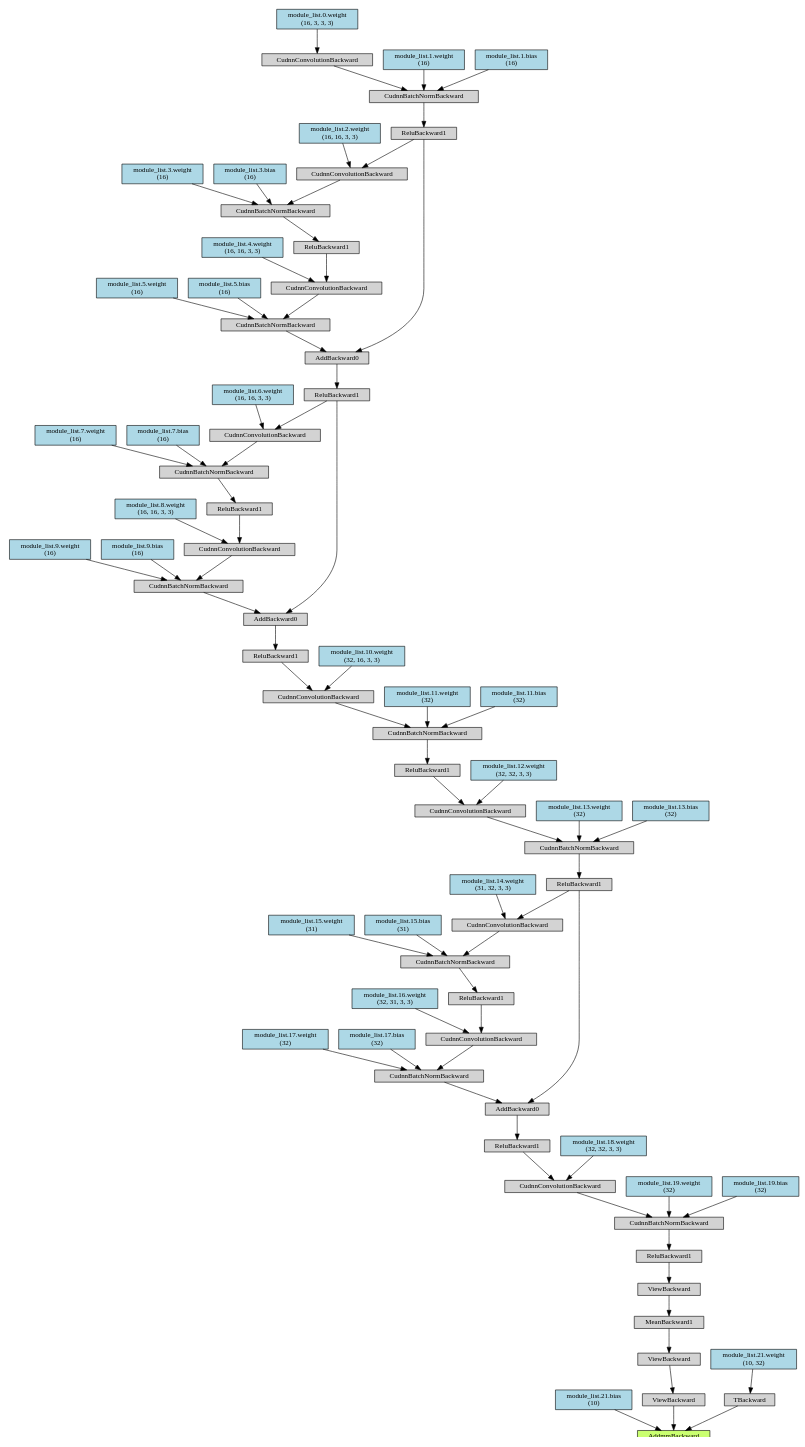
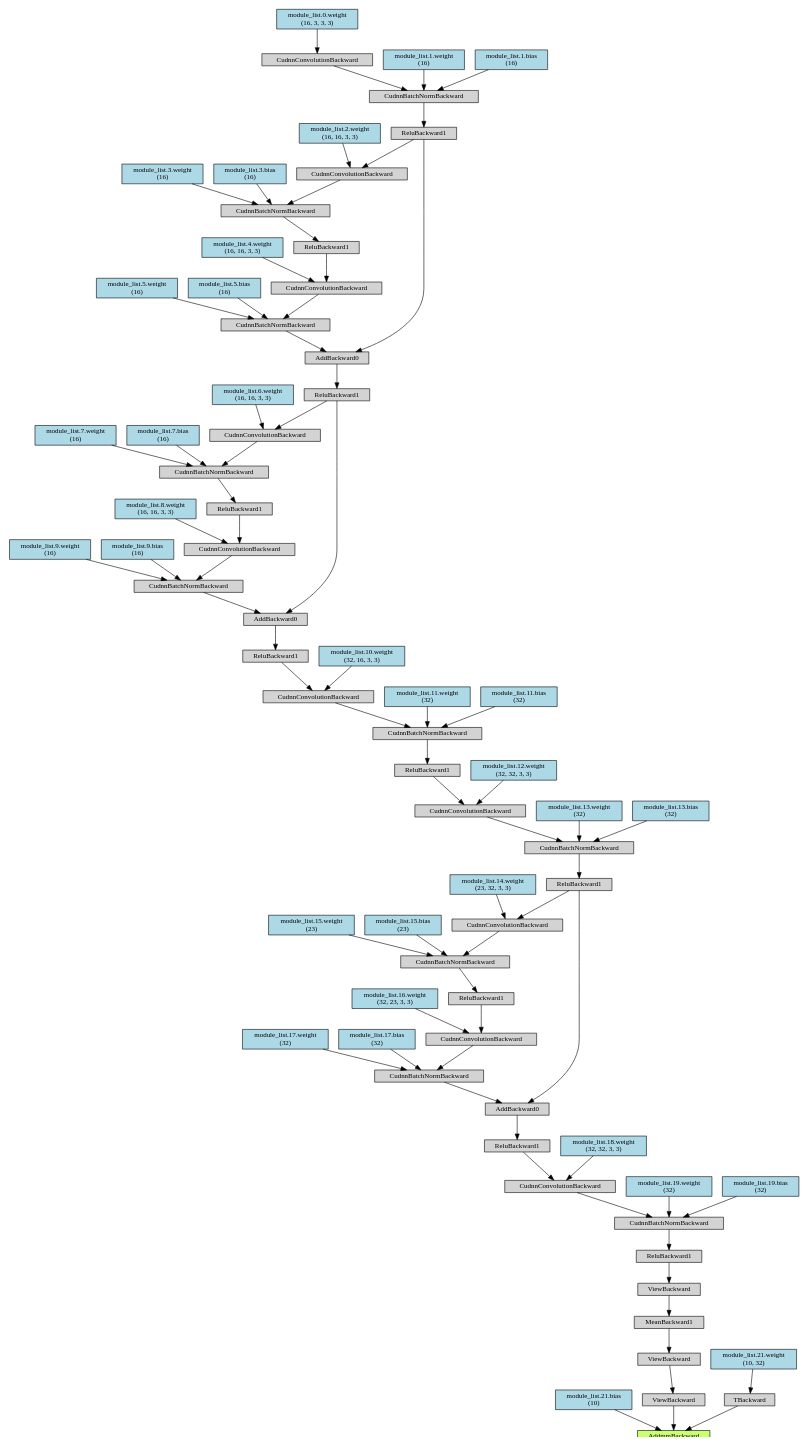
Before and after one commit to j3ssi/MA_Source: the diagram in PruneTrain5_0.dot, drawn with Graphviz. The commit also changed 50 other files, not shown here.

```diff
--- a/PruneTrain5_0.dot
+++ b/PruneTrain5_0.dot
@@ -1,180 +1,180 @@
 digraph {
 	graph [size="21.599999999999998,21.599999999999998"]
 	node [align=left fontsize=12 height=0.2 ranksep=0.1 shape=box style=filled]
-	140367791400384 [label=AddmmBackward fillcolor=darkolivegreen1]
-	140366090805144 -> 140367791400384
-	140366090805144 [label="module_list.21.bias
+	140704611466376 [label=AddmmBackward fillcolor=darkolivegreen1]
+	140704611264552 -> 140704611466376
+	140704611264552 [label="module_list.21.bias
  (10)" fillcolor=lightblue]
-	140366090803016 -> 140367791400384
-	140366090803016 [label=ViewBackward]
-	140366089795232 -> 140366090803016
-	140366089795232 [label=ViewBackward]
-	140366089794112 -> 140366089795232
-	140366089794112 [label=MeanBackward1]
-	140366089794896 -> 140366089794112
-	140366089794896 [label=ViewBackward]
-	140366089794504 -> 140366089794896
-	140366089794504 [label=ReluBackward1]
-	140366089793608 -> 140366089794504
-	140366089793608 [label=CudnnBatchNormBackward]
-	140366089794672 -> 140366089793608
-	140366089794672 [label=CudnnConvolutionBackward]
-	140366089793944 -> 140366089794672
-	140366089793944 [label=ReluBackward1]
-	140366089793720 -> 140366089793944
-	140366089793720 [label=AddBackward0]
-	140366089564232 -> 140366089793720
-	140366089564232 [label=ReluBackward1]
-	140366089763808 -> 140366089564232
-	140366089763808 [label=CudnnBatchNormBackward]
-	140366089762576 -> 140366089763808
-	140366089762576 [label=CudnnConvolutionBackward]
-	140366089764200 -> 140366089762576
-	140366089764200 [label=ReluBackward1]
-	140366089763696 -> 140366089764200
-	140366089763696 [label=CudnnBatchNormBackward]
-	140366089762744 -> 140366089763696
-	140366089762744 [label=CudnnConvolutionBackward]
-	140366089764144 -> 140366089762744
-	140366089764144 [label=ReluBackward1]
-	140366089763584 -> 140366089764144
-	140366089763584 [label=AddBackward0]
-	140366089762688 -> 140366089763584
-	140366089762688 [label=ReluBackward1]
-	140366089761232 -> 140366089762688
-	140366089761232 [label=AddBackward0]
-	140366089762240 -> 140366089761232
-	140366089762240 [label=ReluBackward1]
-	140366089761736 -> 140366089762240
-	140366089761736 [label=CudnnBatchNormBackward]
-	140366089762408 -> 140366089761736
-	140366089762408 [label=CudnnConvolutionBackward]
-	140366089761008 -> 140366089762408
-	140366089761008 [label="module_list.0.weight
+	140704605949400 -> 140704611466376
+	140704605949400 [label=ViewBackward]
+	140704605946320 -> 140704605949400
+	140704605946320 [label=ViewBackward]
+	140704605947048 -> 140704605946320
+	140704605947048 [label=MeanBackward1]
+	140704605946712 -> 140704605947048
+	140704605946712 [label=ViewBackward]
+	140704605946096 -> 140704605946712
+	140704605946096 [label=ReluBackward1]
+	140704605925160 -> 140704605946096
+	140704605925160 [label=CudnnBatchNormBackward]
+	140704605924824 -> 140704605925160
+	140704605924824 [label=CudnnConvolutionBackward]
+	140704605923816 -> 140704605924824
+	140704605923816 [label=ReluBackward1]
+	140704606416968 -> 140704605923816
+	140704606416968 [label=AddBackward0]
+	140704606377800 -> 140704606416968
+	140704606377800 [label=ReluBackward1]
+	140704606379648 -> 140704606377800
+	140704606379648 [label=CudnnBatchNormBackward]
+	140704471786216 -> 140704606379648
+	140704471786216 [label=CudnnConvolutionBackward]
+	140704471786440 -> 140704471786216
+	140704471786440 [label=ReluBackward1]
+	140704471786608 -> 140704471786440
+	140704471786608 [label=CudnnBatchNormBackward]
+	140704471786720 -> 140704471786608
+	140704471786720 [label=CudnnConvolutionBackward]
+	140704471786944 -> 140704471786720
+	140704471786944 [label=ReluBackward1]
+	140704471787112 -> 140704471786944
+	140704471787112 [label=AddBackward0]
+	140704471787224 -> 140704471787112
+	140704471787224 [label=ReluBackward1]
+	140704471787392 -> 140704471787224
+	140704471787392 [label=AddBackward0]
+	140704471787504 -> 140704471787392
+	140704471787504 [label=ReluBackward1]
+	140704471787672 -> 140704471787504
+	140704471787672 [label=CudnnBatchNormBackward]
+	140704471787840 -> 140704471787672
+	140704471787840 [label=CudnnConvolutionBackward]
+	140704471788064 -> 140704471787840
+	140704471788064 [label="module_list.0.weight
  (16, 3, 3, 3)" fillcolor=lightblue]
-	140366089762128 -> 140366089761736
-	140366089762128 [label="module_list.1.weight
+	140704471787896 -> 140704471787672
+	140704471787896 [label="module_list.1.weight
  (16)" fillcolor=lightblue]
-	140366089762072 -> 140366089761736
-	140366089762072 [label="module_list.1.bias
+	140704471787952 -> 140704471787672
+	140704471787952 [label="module_list.1.bias
  (16)" fillcolor=lightblue]
-	140366089762856 -> 140366089761232
-	140366089762856 [label=CudnnBatchNormBackward]
-	140366089762352 -> 140366089762856
-	140366089762352 [label=CudnnConvolutionBackward]
-	140366089761792 -> 140366089762352
-	140366089761792 [label=ReluBackward1]
-	140366089761624 -> 140366089761792
-	140366089761624 [label=CudnnBatchNormBackward]
-	140366089760896 -> 140366089761624
-	140366089760896 [label=CudnnConvolutionBackward]
-	140366089762240 -> 140366089760896
-	140366089654112 -> 140366089760896
-	140366089654112 [label="module_list.2.weight
+	140704471787560 -> 140704471787392
+	140704471787560 [label=CudnnBatchNormBackward]
+	140704471787728 -> 140704471787560
+	140704471787728 [label=CudnnConvolutionBackward]
+	140704471788176 -> 140704471787728
+	140704471788176 [label=ReluBackward1]
+	140704471788400 -> 140704471788176
+	140704471788400 [label=CudnnBatchNormBackward]
+	140704471788512 -> 140704471788400
+	140704471788512 [label=CudnnConvolutionBackward]
+	140704471787504 -> 140704471788512
+	140704471788736 -> 140704471788512
+	140704471788736 [label="module_list.2.weight
  (16, 16, 3, 3)" fillcolor=lightblue]
-	140366089761400 -> 140366089761624
-	140366089761400 [label="module_list.3.weight
+	140704471788568 -> 140704471788400
+	140704471788568 [label="module_list.3.weight
  (16)" fillcolor=lightblue]
-	140366087751384 -> 140366089761624
-	140366087751384 [label="module_list.3.bias
+	140704471788624 -> 140704471788400
+	140704471788624 [label="module_list.3.bias
  (16)" fillcolor=lightblue]
-	140366089761904 -> 140366089762352
-	140366089761904 [label="module_list.4.weight
+	140704471788288 -> 140704471787728
+	140704471788288 [label="module_list.4.weight
  (16, 16, 3, 3)" fillcolor=lightblue]
-	140366089761456 -> 140366089762856
-	140366089761456 [label="module_list.5.weight
+	140704471788008 -> 140704471787560
+	140704471788008 [label="module_list.5.weight
  (16)" fillcolor=lightblue]
-	140366089762296 -> 140366089762856
-	140366089762296 [label="module_list.5.bias
+	140704471788120 -> 140704471787560
+	140704471788120 [label="module_list.5.bias
  (16)" fillcolor=lightblue]
-	140366089763472 -> 140366089763584
-	140366089763472 [label=CudnnBatchNormBackward]
-	140366087693032 -> 140366089763472
-	140366087693032 [label=CudnnConvolutionBackward]
-	140366089762016 -> 140366087693032
-	140366089762016 [label=ReluBackward1]
-	140366089654056 -> 140366089762016
-	140366089654056 [label=CudnnBatchNormBackward]
-	140366087807384 -> 140366089654056
-	140366087807384 [label=CudnnConvolutionBackward]
-	140366089762688 -> 140366087807384
-	140366087808336 -> 140366087807384
-	140366087808336 [label="module_list.6.weight
+	140704471787280 -> 140704471787112
+	140704471787280 [label=CudnnBatchNormBackward]
+	140704471787448 -> 140704471787280
+	140704471787448 [label=CudnnConvolutionBackward]
+	140704471788680 -> 140704471787448
+	140704471788680 [label=ReluBackward1]
+	140704471788904 -> 140704471788680
+	140704471788904 [label=CudnnBatchNormBackward]
+	140704471788848 -> 140704471788904
+	140704471788848 [label=CudnnConvolutionBackward]
+	140704471787224 -> 140704471788848
+	140704471789184 -> 140704471788848
+	140704471789184 [label="module_list.6.weight
  (16, 16, 3, 3)" fillcolor=lightblue]
-	140366087809344 -> 140366089654056
-	140366087809344 [label="module_list.7.weight
+	140704471789016 -> 140704471788904
+	140704471789016 [label="module_list.7.weight
  (16)" fillcolor=lightblue]
-	140366087808728 -> 140366089654056
-	140366087808728 [label="module_list.7.bias
+	140704471789072 -> 140704471788904
+	140704471789072 [label="module_list.7.bias
  (16)" fillcolor=lightblue]
-	140366089761680 -> 140366087693032
-	140366089761680 [label="module_list.8.weight
+	140704471788792 -> 140704471787448
+	140704471788792 [label="module_list.8.weight
  (16, 16, 3, 3)" fillcolor=lightblue]
-	140366089761960 -> 140366089763472
-	140366089761960 [label="module_list.9.weight
+	140704471787616 -> 140704471787280
+	140704471787616 [label="module_list.9.weight
  (16)" fillcolor=lightblue]
-	140366089762912 -> 140366089763472
-	140366089762912 [label="module_list.9.bias
+	140704471788232 -> 140704471787280
+	140704471788232 [label="module_list.9.bias
  (16)" fillcolor=lightblue]
-	140366089762968 -> 140366089762744
-	140366089762968 [label="module_list.10.weight
+	140704471787000 -> 140704471786720
+	140704471787000 [label="module_list.10.weight
  (32, 16, 3, 3)" fillcolor=lightblue]
-	140366089764312 -> 140366089763696
-	140366089764312 [label="module_list.11.weight
+	140704471786776 -> 140704471786608
+	140704471786776 [label="module_list.11.weight
  (32)" fillcolor=lightblue]
-	140366089762464 -> 140366089763696
-	140366089762464 [label="module_list.11.bias
+	140704471786832 -> 140704471786608
+	140704471786832 [label="module_list.11.bias
  (32)" fillcolor=lightblue]
-	140366089764368 -> 140366089762576
-	140366089764368 [label="module_list.12.weight
+	140704471786496 -> 140704471786216
+	140704471786496 [label="module_list.12.weight
  (32, 32, 3, 3)" fillcolor=lightblue]
-	140366089764760 -> 140366089763808
-	140366089764760 [label="module_list.13.weight
+	140704471786272 -> 140704606379648
+	140704471786272 [label="module_list.13.weight
  (32)" fillcolor=lightblue]
-	140366089761848 -> 140366089763808
-	140366089761848 [label="module_list.13.bias
+	140704471786328 -> 140704606379648
+	140704471786328 [label="module_list.13.bias
  (32)" fillcolor=lightblue]
-	140366089564848 -> 140366089793720
-	140366089564848 [label=CudnnBatchNormBackward]
-	140366089764424 -> 140366089564848
-	140366089764424 [label=CudnnConvolutionBackward]
-	140366089761120 -> 140366089764424
-	140366089761120 [label=ReluBackward1]
-	140366089761344 -> 140366089761120
-	140366089761344 [label=CudnnBatchNormBackward]
-	140366089653944 -> 140366089761344
-	140366089653944 [label=CudnnConvolutionBackward]
-	140366089564232 -> 140366089653944
-	140366087808000 -> 140366089653944
-	140366087808000 [label="module_list.14.weight
- (31, 32, 3, 3)" fillcolor=lightblue]
-	140366089654168 -> 140366089761344
-	140366089654168 [label="module_list.15.weight
- (31)" fillcolor=lightblue]
-	140366087807664 -> 140366089761344
-	140366087807664 [label="module_list.15.bias
- (31)" fillcolor=lightblue]
-	140366089761064 -> 140366089764424
-	140366089761064 [label="module_list.16.weight
- (32, 31, 3, 3)" fillcolor=lightblue]
-	140366089763920 -> 140366089564848
-	140366089763920 [label="module_list.17.weight
+	140704606378696 -> 140704606416968
+	140704606378696 [label=CudnnBatchNormBackward]
+	140704471786160 -> 140704606378696
+	140704471786160 [label=CudnnConvolutionBackward]
+	140704471787056 -> 140704471786160
+	140704471787056 [label=ReluBackward1]
+	140704471788344 -> 140704471787056
+	140704471788344 [label=CudnnBatchNormBackward]
+	140704471788456 -> 140704471788344
+	140704471788456 [label=CudnnConvolutionBackward]
+	140704606377800 -> 140704471788456
+	140704471789352 -> 140704471788456
+	140704471789352 [label="module_list.14.weight
+ (23, 32, 3, 3)" fillcolor=lightblue]
+	140704471789128 -> 140704471788344
+	140704471789128 [label="module_list.15.weight
+ (23)" fillcolor=lightblue]
+	140704471789240 -> 140704471788344
+	140704471789240 [label="module_list.15.bias
+ (23)" fillcolor=lightblue]
+	140704471786664 -> 140704471786160
+	140704471786664 [label="module_list.16.weight
+ (32, 23, 3, 3)" fillcolor=lightblue]
+	140704471786384 -> 140704606378696
+	140704471786384 [label="module_list.17.weight
  (32)" fillcolor=lightblue]
-	140366089763640 -> 140366089564848
-	140366089763640 [label="module_list.17.bias
+	140704471786552 -> 140704606378696
+	140704471786552 [label="module_list.17.bias
  (32)" fillcolor=lightblue]
-	140366089794000 -> 140366089794672
-	140366089794000 [label="module_list.18.weight
+	140704605923480 -> 140704605924824
+	140704605923480 [label="module_list.18.weight
  (32, 32, 3, 3)" fillcolor=lightblue]
-	140366089794224 -> 140366089793608
-	140366089794224 [label="module_list.19.weight
+	140704605924936 -> 140704605925160
+	140704605924936 [label="module_list.19.weight
  (32)" fillcolor=lightblue]
-	140366089794168 -> 140366089793608
-	140366089794168 [label="module_list.19.bias
+	140704605924488 -> 140704605925160
+	140704605924488 [label="module_list.19.bias
  (32)" fillcolor=lightblue]
-	140366089787208 -> 140367791400384
-	140366089787208 [label=TBackward]
-	140366089795176 -> 140366089787208
-	140366089795176 [label="module_list.21.weight
+	140704605949512 -> 140704611466376
+	140704605949512 [label=TBackward]
+	140704605949120 -> 140704605949512
+	140704605949120 [label="module_list.21.weight
  (10, 32)" fillcolor=lightblue]
 }
```
